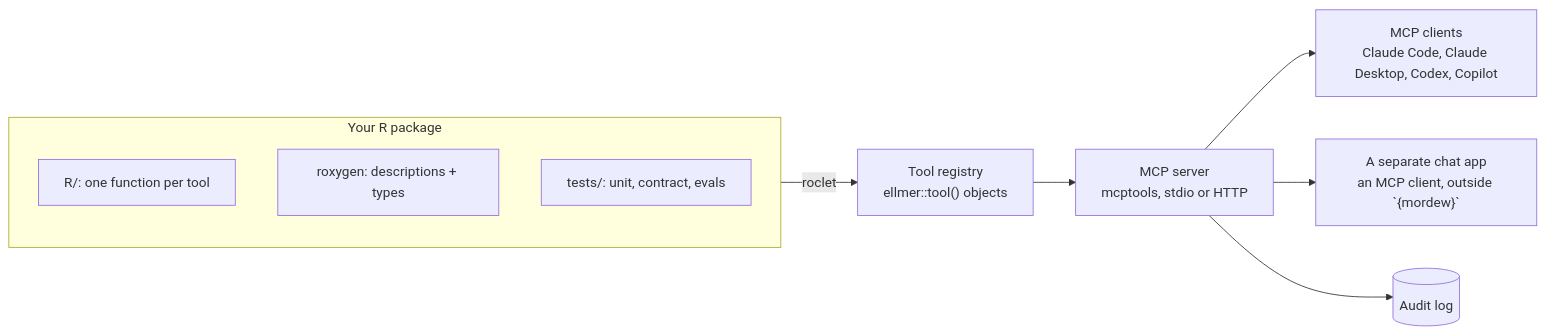
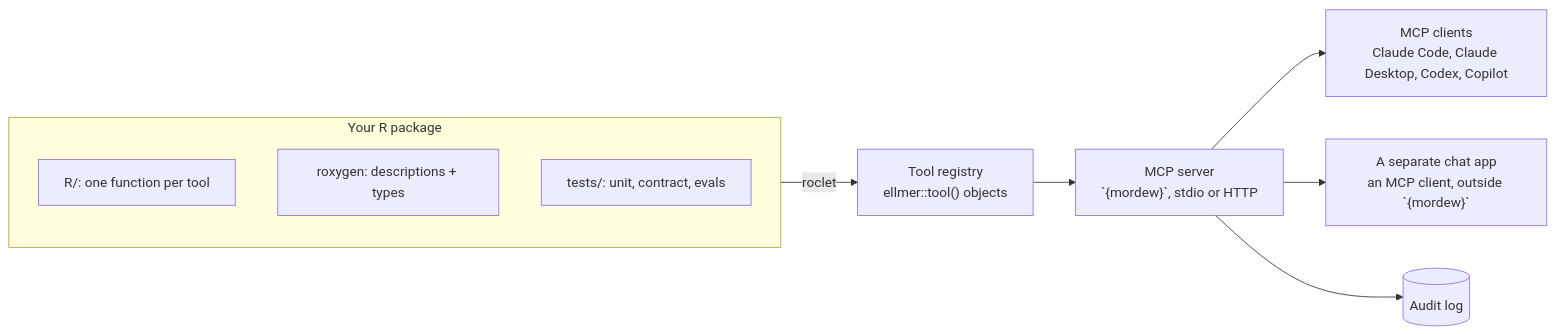
The second of 4 diagrams in README.md (ThinkR-open/mordew), drawn with Mermaid before and after one commit. The commit also changed other lines of this file, not shown here.

First line of the commit message:
Drop mcptools: mordew ships its own protocol layer

````diff
--- a/README.md
+++ b/README.md
@@ -225,13 +222,13 @@
 ```mermaid
 flowchart LR
   subgraph pkg["Your R package"]
     F["R/: one function per tool"]
     X["roxygen: descriptions + types"]
     T["tests/: unit, contract, evals"]
   end
   pkg -- "roclet" --> REG["Tool registry<br/>ellmer::tool() objects"]
-  REG --> SRV["MCP server<br/>mcptools, stdio or HTTP"]
+  REG --> SRV["MCP server<br/>`{mordew}`, stdio or HTTP"]
   SRV --> EXT["MCP clients<br/>Claude Code, Claude Desktop, Codex, Copilot"]
   SRV --> CHAT["A separate chat app<br/>an MCP client, outside `{mordew}`"]
   SRV --> LOG[("Audit log")]
 ```
````
